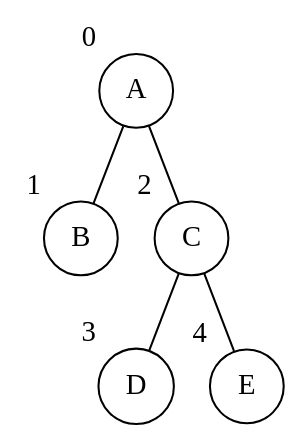
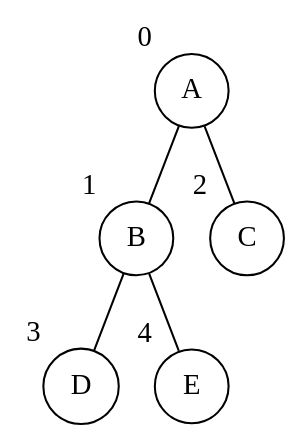
One commit to alek3y/cs changed the first of 2 diagrams in src/ct0371-2/02/01/README.md. Above: the diagram before and after it, drawn with Graphviz. The commit also changed other lines of this file and 3 other files, not shown here.

````diff
--- a/src/ct0371-2/02/01/README.md
+++ b/src/ct0371-2/02/01/README.md
@@ -6,14 +8,14 @@
 ```dot process
 graph {
 	node [shape=circle]
 
 	A [xlabel="0"]
 	B [xlabel="1"]
 	C [xlabel="2"]
 	D [xlabel="3"]
 	E [xlabel="4"]
 
 	A -- B, C
-	C -- D, E
+	B -- D, E
 }
 ```
````
